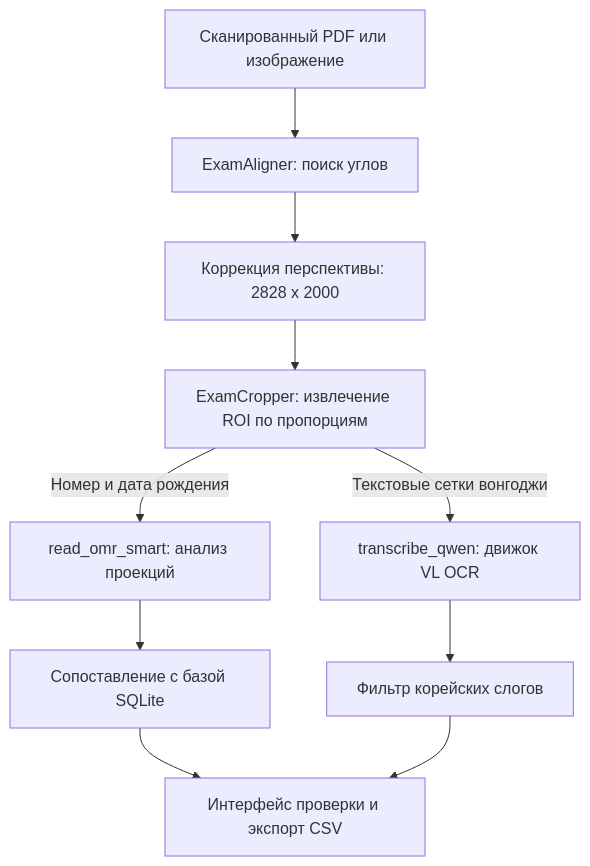
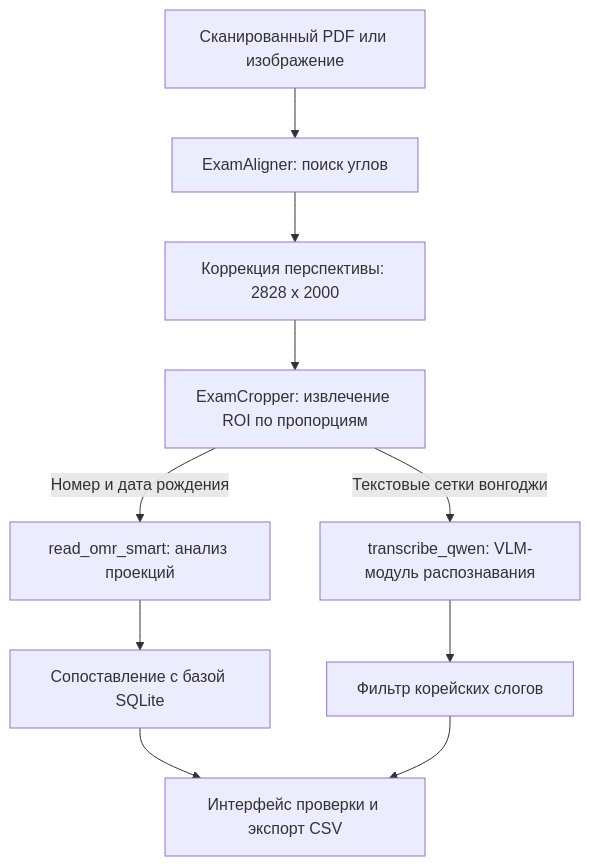
The diagram in src/pages/ru/research-and-projects/omr-htr-digitization.md (AlexL71/dadaboev-portfolio), drawn with Mermaid before and after one commit. The commit also changed other lines of this file and 27 other files, not shown here.

````diff
--- a/src/pages/ru/research-and-projects/omr-htr-digitization.md
+++ b/src/pages/ru/research-and-projects/omr-htr-digitization.md
@@ -20,11 +20,11 @@
 ```mermaid
 graph TD
     A[Сканированный PDF или изображение] --> B[ExamAligner: поиск углов]
     B --> C[Коррекция перспективы: 2828 x 2000]
     C --> D[ExamCropper: извлечение ROI по пропорциям]
     D -->|Номер и дата рождения| E[read_omr_smart: анализ проекций]
-    D -->|Текстовые сетки вонгоджи| F[transcribe_qwen: движок VL OCR]
+    D -->|Текстовые сетки вонгоджи| F[transcribe_qwen: VLM-модуль распознавания]
     E --> G[Сопоставление с базой SQLite]
     F --> H[Фильтр корейских слогов]
     G & H --> I[Интерфейс проверки и экспорт CSV]
 ```
````
